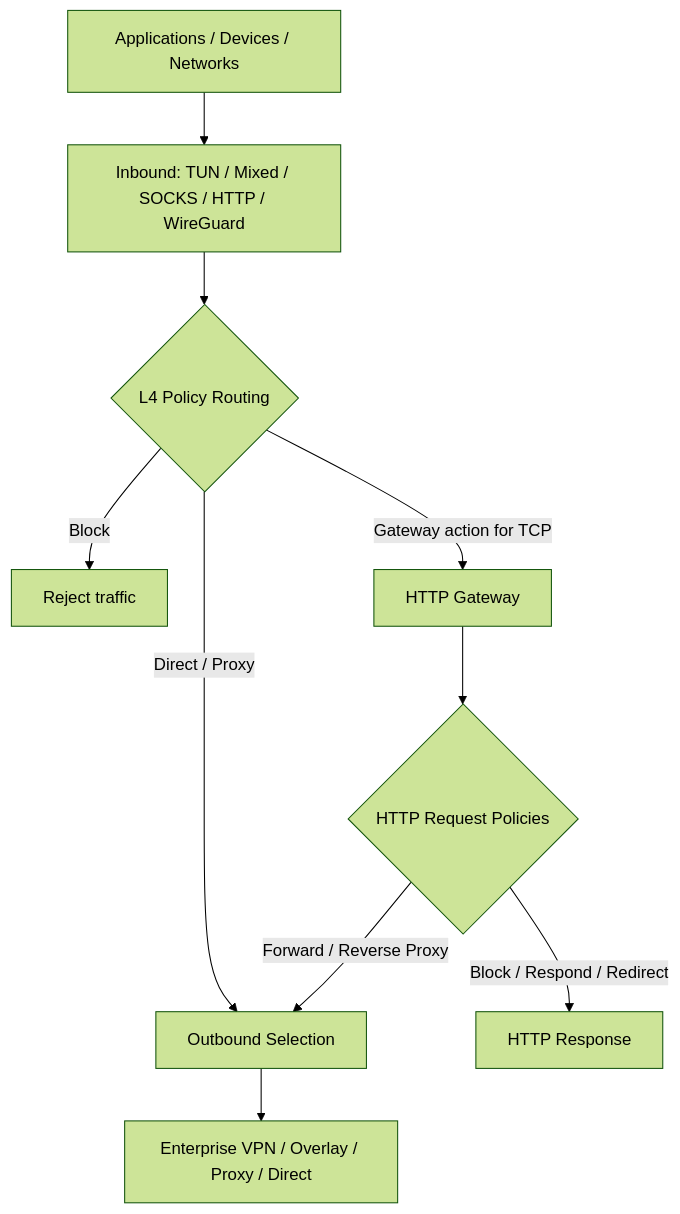
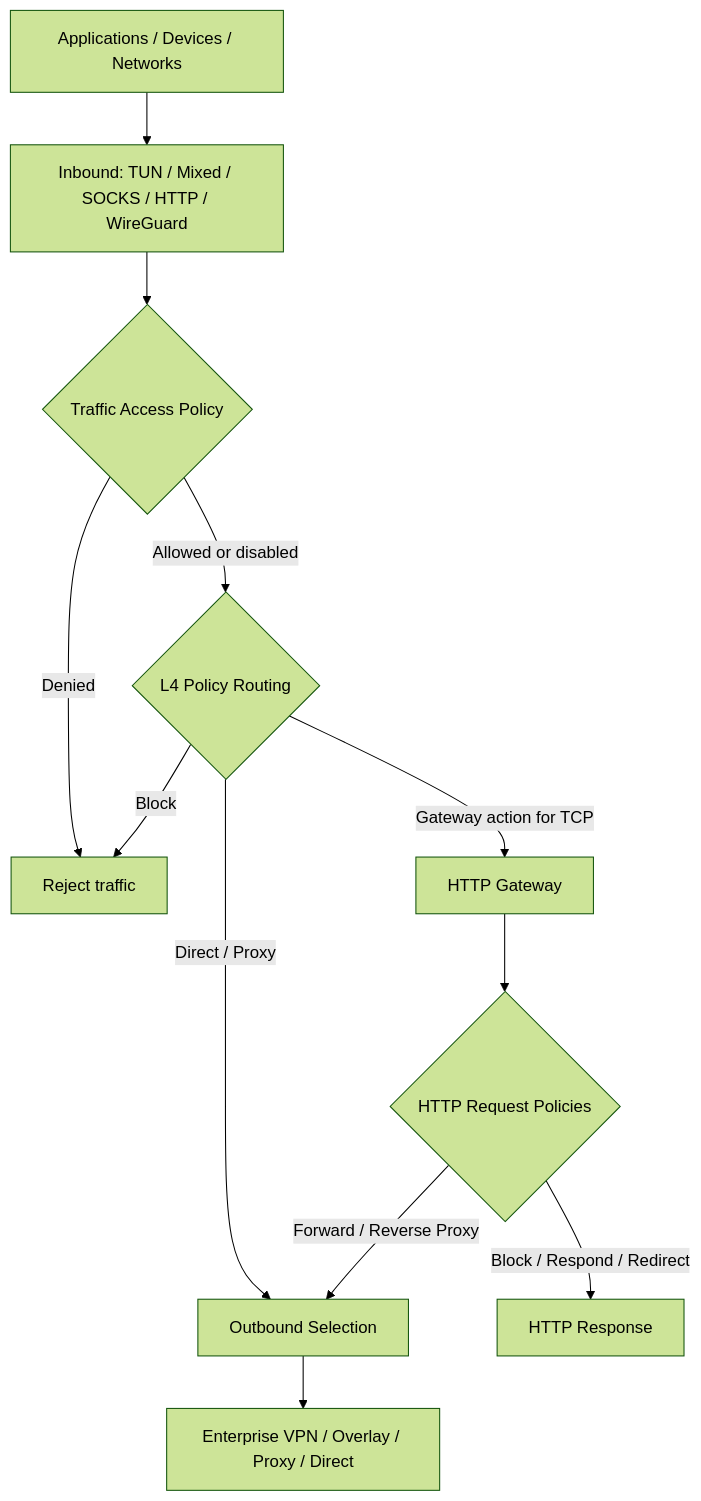
One commit to yuhaiin/yuhaiin changed the diagram in readme.md. Above: the diagram before and after it, drawn with Mermaid (forest theme). The commit also changed other lines of this file, not shown here.

````diff
--- a/readme.md
+++ b/readme.md
@@ -49,12 +55,14 @@
 ```mermaid
 flowchart TD
   A[Applications / Devices / Networks] --> B[Inbound: TUN / Mixed / SOCKS / HTTP / WireGuard]
-  B --> C{L4 Policy Routing}
-  C -->|Block| D[Reject traffic]
+  B --> P{Traffic Access Policy}
+  P -->|Denied| D[Reject traffic]
+  P -->|Allowed or disabled| C{L4 Policy Routing}
+  C -->|Block| D
   C -->|Direct / Proxy| E[Outbound Selection]
   C -->|Gateway action for TCP| F[HTTP Gateway]
   F --> G{HTTP Request Policies}
   G -->|Block / Respond / Redirect| H[HTTP Response]
   G -->|Forward / Reverse Proxy| E
   E --> I[Enterprise VPN / Overlay / Proxy / Direct]
 ```
````
